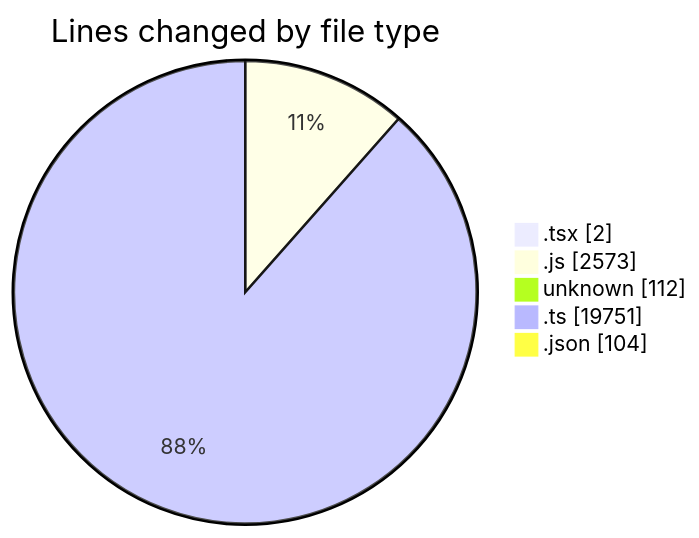
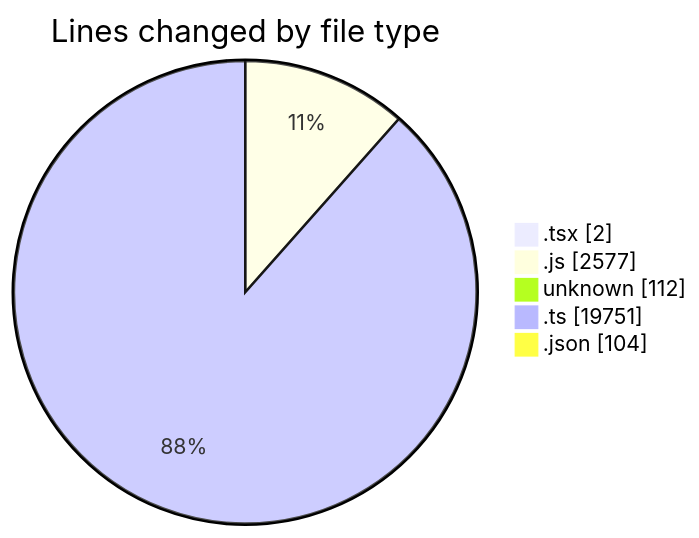
The first of 2 diagrams in 2026-05-06/cda/README.md (momahboobian/code-tracking), drawn with Mermaid before and after one commit. The commit also changed other lines of this file and 1 other file, not shown here.

````diff
--- a/2026-05-06/cda/README.md
+++ b/2026-05-06/cda/README.md
@@ -35,9 +35,9 @@
 ```mermaid
 pie showData
 title Lines changed by file type
 ".tsx" : 2
-".js" : 2573
+".js" : 2577
 "unknown" : 112
 ".ts" : 19751
 ".json" : 104
 ```
````
